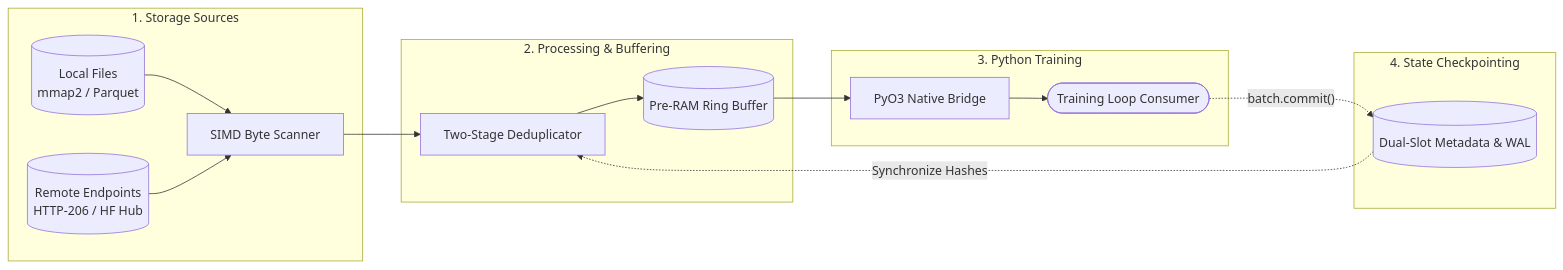
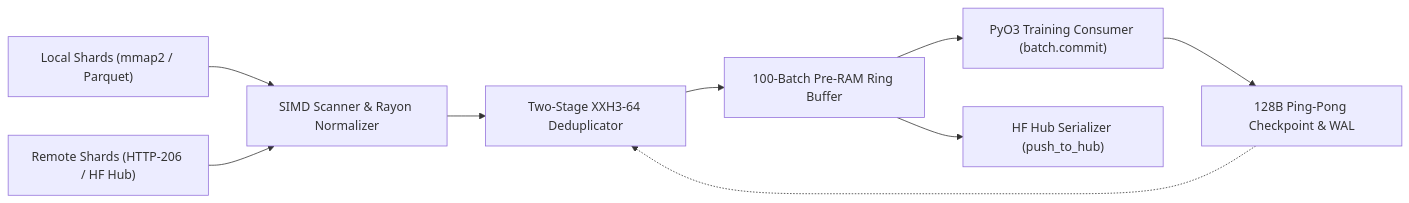
Before and after one commit to cloverx-id/luminamoon: the second of 2 diagrams in docs/en/04_architecture_and_hardware.md, drawn with Mermaid. The commit also changed other lines of this file and 49 other files, not shown here.

Commit message:
change diagram style

````diff
--- a/docs/en/04_architecture_and_hardware.md
+++ b/docs/en/04_architecture_and_hardware.md
@@ -47,22 +34,11 @@
 ```mermaid
 flowchart LR
-    subgraph Sources["1. Storage Sources"]
-        Local[("Local Files\nmmap2 / Parquet")] --> SIMD["SIMD Byte Scanner"]
-        Remote[("Remote Endpoints\nHTTP-206 / HF Hub")] --> SIMD
-    end
-
-    subgraph Processing["2. Processing & Buffering"]
-        SIMD --> Dedup["Two-Stage Deduplicator"]
-        Dedup --> PreRam[("Pre-RAM Ring Buffer")]
-    end
-
-    subgraph Runtime["3. Python Training"]
-        PreRam --> Bridge["PyO3 Native Bridge"]
-        Bridge --> TrainLoop(["Training Loop Consumer"])
-    end
-
-    subgraph Checkpoint["4. State Checkpointing"]
-        TrainLoop -.->|"batch.commit()"| Meta[("Dual-Slot Metadata & WAL")]
-        Meta -.->|"Synchronize Hashes"| Dedup
-    end
+    Local["Local Shards (mmap2 / Parquet)"] --> SIMD["SIMD Scanner & Rayon Normalizer"]
+    Remote["Remote Shards (HTTP-206 / HF Hub)"] --> SIMD
+    SIMD --> Dedup["Two-Stage XXH3-64 Deduplicator"]
+    Dedup --> PreRam["100-Batch Pre-RAM Ring Buffer"]
+    PreRam --> TrainLoop["PyO3 Training Consumer (batch.commit)"]
+    PreRam --> Hub["HF Hub Serializer (push_to_hub)"]
+    TrainLoop --> Meta["128B Ping-Pong Checkpoint & WAL"]
+    Meta -.-> Dedup
 ```
````
